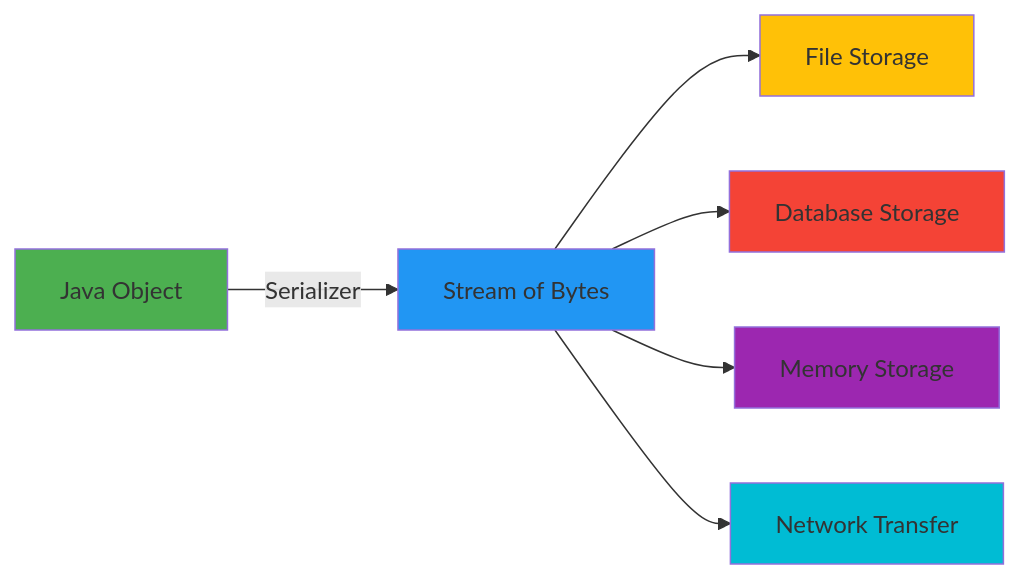
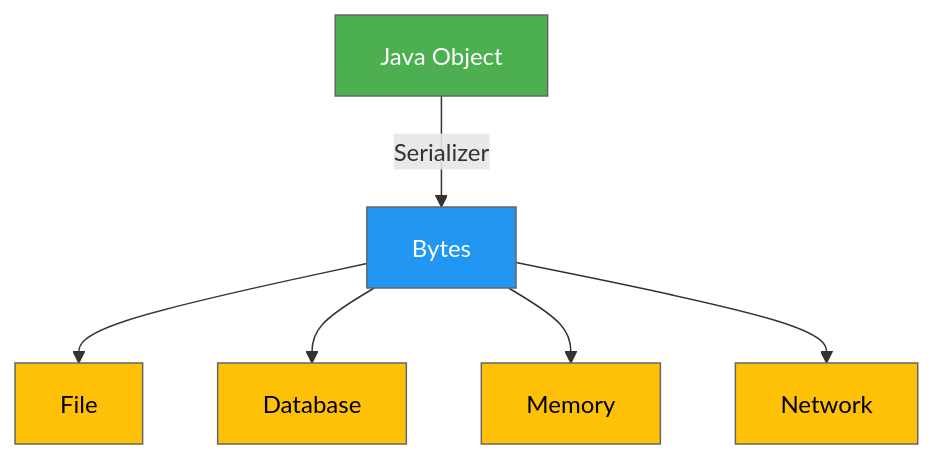
The first of 2 diagrams in lectures/serialization.md (danielcregg/java-lectures), drawn with Mermaid before and after one commit. The commit also changed other lines of this file and 2 other files, not shown here.

Commit message:
feat: integrate Mermaid for enhanced diagram support and improve serialization lecture content

```diff
--- a/lectures/serialization.md
+++ b/lectures/serialization.md
@@ -39,15 +40,15 @@
 <div class="mermaid">
-graph LR
-    A[Java Object] -->|Serializer| B[Stream of Bytes]
-    B --> C[File Storage]
-    B --> D[Database Storage]
-    B --> E[Memory Storage]
-    B --> F[Network Transfer]
-    
-    style A fill:#4CAF50
-    style B fill:#2196F3
-    style C fill:#FFC107
-    style D fill:#F44336
-    style E fill:#9C27B0
-    style F fill:#00BCD4
+graph TB
+    A[Java Object]-->|Serializer|B[Bytes]
+    B-->C[File]
+    B-->D[Database]
+    B-->E[Memory]
+    B-->F[Network]
+    classDef default fill:#1a1a1a,stroke:#666
+    classDef object fill:#4CAF50,stroke:#666,color:white
+    classDef bytes fill:#2196F3,stroke:#666,color:white
+    classDef storage fill:#FFC107,stroke:#666,color:#000
+    class A object
+    class B bytes
+    class C,D,E,F storage
 </div>
```
